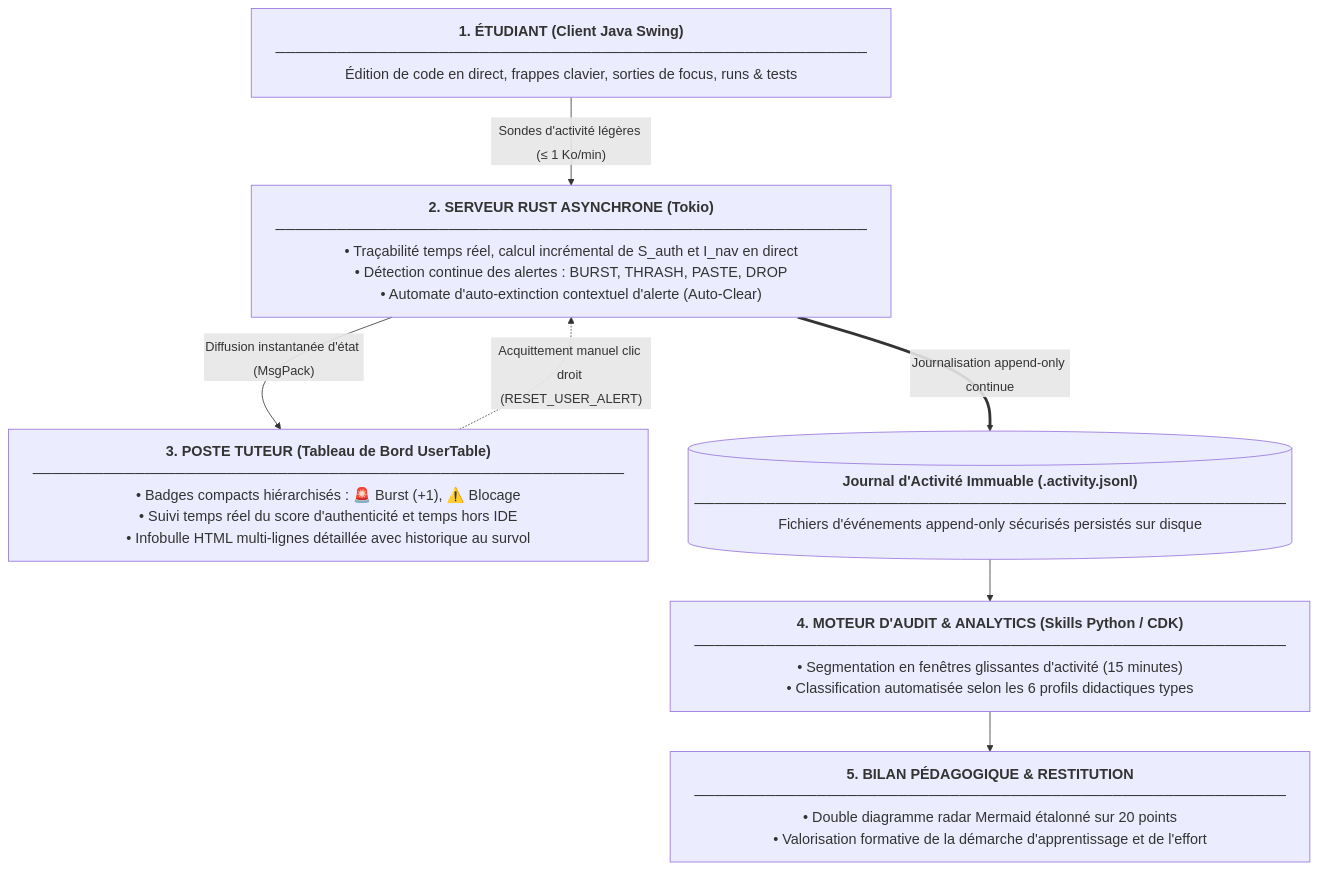
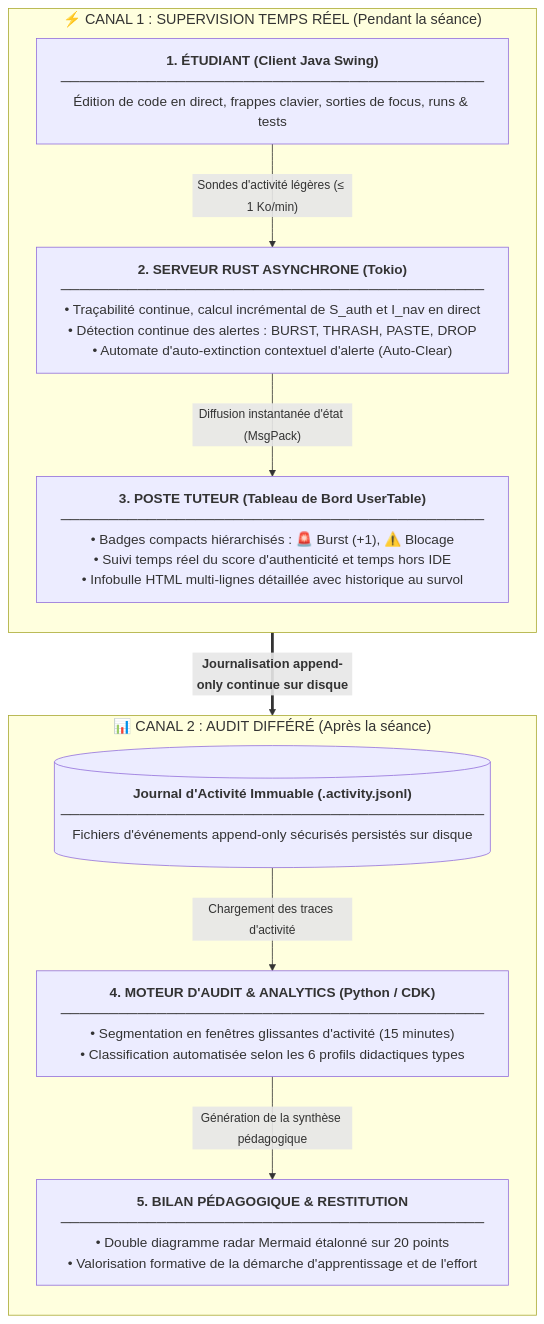
One commit to jlehuen/CodeLab changed the second of 2 diagrams in mkdocs/doc-fr/docs/telemetrie.md. Above: the diagram before and after it, drawn with Mermaid. The commit also changed other lines of this file and 1 other file, not shown here.

Commit message:
docs(telemetrie): mise en page verticale en 2 sous-graphes eliminant le downscaling du diagramme

````diff
--- a/mkdocs/doc-fr/docs/telemetrie.md
+++ b/mkdocs/doc-fr/docs/telemetrie.md
@@ -37,16 +37,22 @@
 ```mermaid
-%%{init: {'themeVariables': { 'fontSize': '20px' }}}%%
+%%{init: {'themeVariables': { 'fontSize': '18px' }}}%%
 flowchart TD
-    classDef default font-size:18px;
+    classDef default font-size:17px;
+    classDef titleStyle font-size:21px;
 
-    E["<span style='font-size:22px'><b>1. ÉTUDIANT (Client Java Swing)</b></span><br/>──────────────────────────────────────────────────────────<br/><span style='font-size:18px'>Édition de code en direct, frappes clavier, sorties de focus, runs &amp; tests</span>"]
-    -->|"<span style='font-size:16px'>Sondes d'activité légères (≤ 1 Ko/min)</span>"| S["<span style='font-size:22px'><b>2. SERVEUR RUST ASYNCHRONE (Tokio)</b></span><br/>──────────────────────────────────────────────────────────<br/><span style='font-size:18px'>• Traçabilité temps réel, calcul incrémental de S_auth et I_nav en direct<br/>• Détection continue des alertes : BURST, THRASH, PASTE, DROP<br/>• Automate d'auto-extinction contextuel d'alerte (Auto-Clear)</span>"]
+    subgraph C1 ["⚡ CANAL 1 : SUPERVISION TEMPS RÉEL (Pendant la séance)"]
+        direction TB
+        E["<span style='font-size:21px'><b>1. ÉTUDIANT (Client Java Swing)</b></span><br/>────────────────────────────────────────────<br/>Édition de code en direct, frappes clavier, sorties de focus, runs &amp; tests"]
+        -->|"<span style='font-size:15px'>Sondes d'activité légères (≤ 1 Ko/min)</span>"| S["<span style='font-size:21px'><b>2. SERVEUR RUST ASYNCHRONE (Tokio)</b></span><br/>────────────────────────────────────────────<br/>• Traçabilité continue, calcul incrémental de S_auth et I_nav en direct<br/>• Détection continue des alertes : BURST, THRASH, PASTE, DROP<br/>• Automate d'auto-extinction contextuel d'alerte (Auto-Clear)"]
+        -->|"<span style='font-size:15px'>Diffusion instantanée d'état (MsgPack)</span>"| T["<span style='font-size:21px'><b>3. POSTE TUTEUR (Tableau de Bord UserTable)</b></span><br/>────────────────────────────────────────────<br/>• Badges compacts hiérarchisés : 🚨 Burst (+1), ⚠️ Blocage<br/>• Suivi temps réel du score d'authenticité et temps hors IDE<br/>• Infobulle HTML multi-lignes détaillée avec historique au survol"]
+    end
 
-    S -->|"<span style='font-size:16px'>Diffusion instantanée d'état (MsgPack)</span>"| T["<span style='font-size:22px'><b>3. POSTE TUTEUR (Tableau de Bord UserTable)</b></span><br/>──────────────────────────────────────────────────────────<br/><span style='font-size:18px'>• Badges compacts hiérarchisés : 🚨 Burst (+1), ⚠️ Blocage<br/>• Suivi temps réel du score d'authenticité et temps hors IDE<br/>• Infobulle HTML multi-lignes détaillée avec historique au survol</span>"]
-    T -.->|"<span style='font-size:16px'>Acquittement manuel clic droit (RESET_USER_ALERT)</span>"| S
+    subgraph C2 ["📊 CANAL 2 : AUDIT DIFFÉRÉ (Après la séance)"]
+        direction TB
+        J[("<span style='font-size:21px'><b>Journal d'Activité Immuable (.activity.jsonl)</b></span><br/>────────────────────────────────────────────<br/>Fichiers d'événements append-only sécurisés persistés sur disque")]
+        -->|"<span style='font-size:15px'>Chargement des traces d'activité</span>"| A["<span style='font-size:21px'><b>4. MOTEUR D'AUDIT &amp; ANALYTICS (Python / CDK)</b></span><br/>────────────────────────────────────────────<br/>• Segmentation en fenêtres glissantes d'activité (15 minutes)<br/>• Classification automatisée selon les 6 profils didactiques types"]
+        -->|"<span style='font-size:15px'>Génération de la synthèse pédagogique</span>"| R["<span style='font-size:21px'><b>5. BILAN PÉDAGOGIQUE &amp; RESTITUTION</b></span><br/>────────────────────────────────────────────<br/>• Double diagramme radar Mermaid étalonné sur 20 points<br/>• Valorisation formative de la démarche d'apprentissage et de l'effort"]
+    end
 
-    S ==>|"<span style='font-size:16px'>Journalisation append-only continue</span>"| J[("<span style='font-size:22px'><b>Journal d'Activité Immuable (.activity.jsonl)</b></span><br/>──────────────────────────────────────────────────────────<br/><span style='font-size:18px'>Fichiers d'événements append-only sécurisés persistés sur disque</span>")]
-
-    J --> A["<span style='font-size:22px'><b>4. MOTEUR D'AUDIT &amp; ANALYTICS (Skills Python / CDK)</b></span><br/>──────────────────────────────────────────────────────────<br/><span style='font-size:18px'>• Segmentation en fenêtres glissantes d'activité (15 minutes)<br/>• Classification automatisée selon les 6 profils didactiques types</span>"]
-    A --> R["<span style='font-size:22px'><b>5. BILAN PÉDAGOGIQUE &amp; RESTITUTION</b></span><br/>──────────────────────────────────────────────────────────<br/><span style='font-size:18px'>• Double diagramme radar Mermaid étalonné sur 20 points<br/>• Valorisation formative de la démarche d'apprentissage et de l'effort</span>"]
+    C1 ==>|"<span style='font-size:16px'><b>Journalisation append-only continue sur disque</b></span>"| C2
 ```
````
